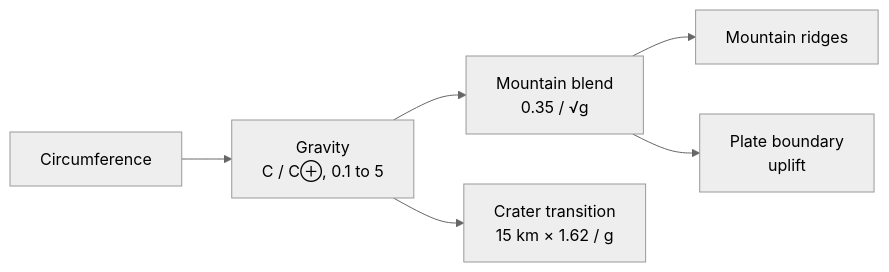
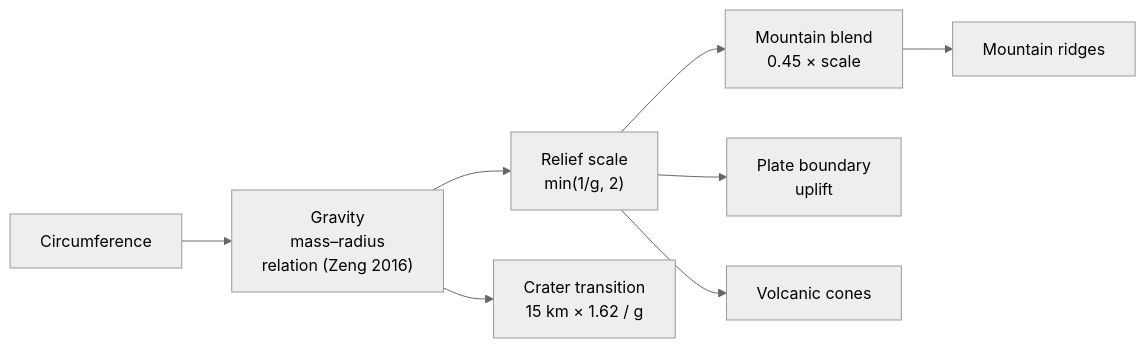
Before and after one commit to cyboooooorg/map-generator: the diagram in docs/science/mountains-and-gravity.md, drawn with Mermaid (neutral theme). The commit also changed other lines of this file and 11 other files, not shown here.

````diff
--- a/docs/science/mountains-and-gravity.md
+++ b/docs/science/mountains-and-gravity.md
@@ -131,8 +132,10 @@
 ```mermaid
 flowchart LR
-  C["Circumference"] --> G["Gravity<br/>C / C⊕, 0.1 to 5"]
-  G --> B["Mountain blend<br/>0.35 / √g"]
+  C["Circumference"] --> G["Gravity<br/>mass–radius<br/>relation (Zeng 2016)"]
+  G --> S["Relief scale<br/>min(1/g, 2)"]
+  S --> B["Mountain blend<br/>0.45 × scale"]
   B --> M["Mountain ridges"]
-  B --> P["Plate boundary<br/>uplift"]
+  S --> P["Plate boundary<br/>uplift"]
+  S --> V["Volcanic cones"]
   G --> K["Crater transition<br/>15 km × 1.62 / g"]
 ```
````
